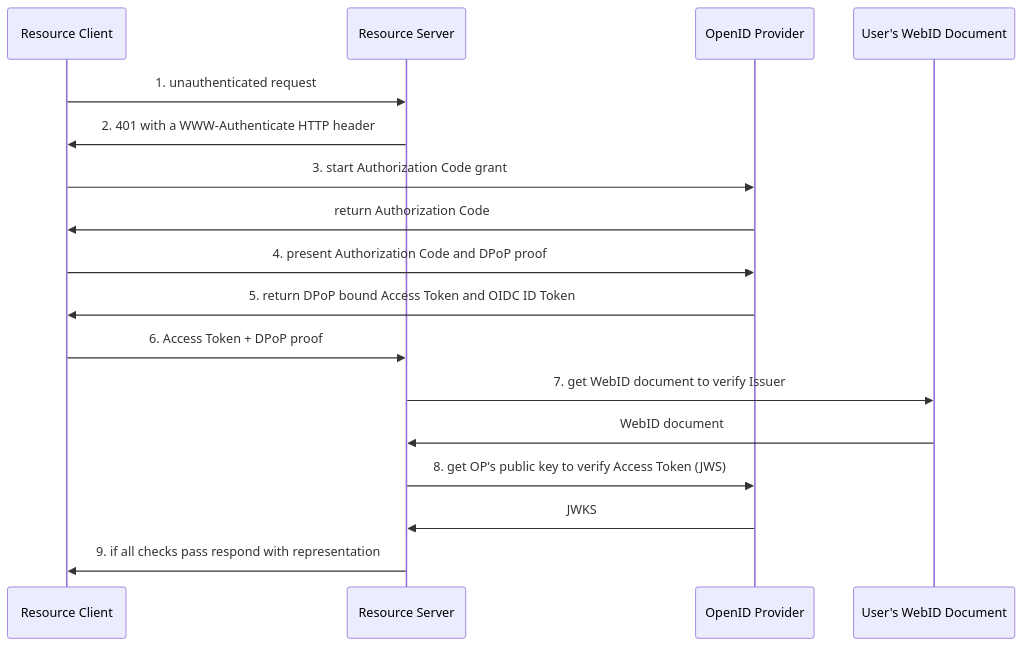
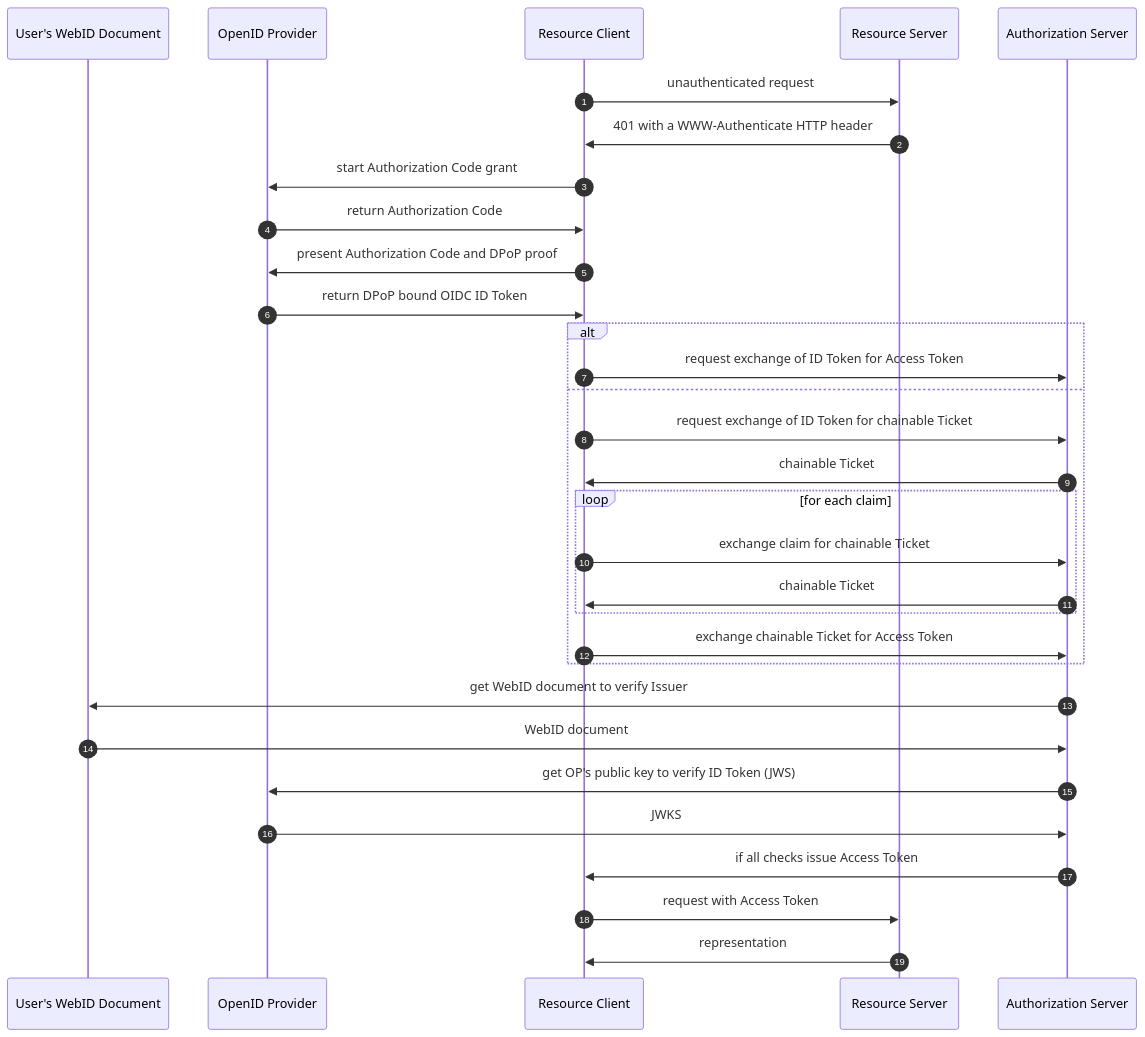
One commit to solid/solid-oidc changed the diagram in sequence.mmd. Above: the diagram before and after it, drawn with Mermaid.

Commit message:
update diagram to introduce AS and token exchange

```diff
--- a/sequence.mmd
+++ b/sequence.mmd
@@ -1,17 +1,31 @@
 sequenceDiagram
+  autonumber
+  participant WebID as User's WebID Document
+  participant OP as OpenID Provider
   participant RC as Resource Client
   participant RS as Resource Server
-  participant OP as OpenID Provider
-  participant WebID as User's WebID Document
-  RC ->> RS: 1. unauthenticated request
-  RS ->> RC: 2. 401 with a WWW-Authenticate HTTP header
-  RC ->> OP: 3. start Authorization Code grant
+  participant AS as Authorization Server
+  RC ->> RS: unauthenticated request
+  RS ->> RC: 401 with a WWW-Authenticate HTTP header
+  RC ->> OP: start Authorization Code grant
   OP ->> RC: return Authorization Code
-  RC ->> OP: 4. present Authorization Code and DPoP proof
-  OP ->> RC: 5. return DPoP bound Access Token and OIDC ID Token
-  RC ->> RS: 6. Access Token + DPoP proof
-  RS ->> WebID: 7. get WebID document to verify Issuer
-  WebID ->> RS: WebID document
-  RS ->> OP: 8. get OP's public key to verify Access Token (JWS)
-  OP ->> RS: JWKS
-  RS ->> RC: 9. if all checks pass respond with representation
+  RC ->> OP: present Authorization Code and DPoP proof
+  OP ->> RC: return DPoP bound OIDC ID Token
+  alt
+    RC ->> AS: request exchange of ID Token for Access Token
+  else
+    RC ->> AS: request exchange of ID Token for chainable Ticket
+    AS ->> RC: chainable Ticket
+    loop for each claim
+      RC ->> AS: exchange claim for chainable Ticket
+      AS ->> RC: chainable Ticket
+    end
+    RC ->> AS: exchange chainable Ticket for Access Token
+  end
+  AS ->> WebID: get WebID document to verify Issuer
+  WebID ->> AS: WebID document
+  AS ->> OP: get OP's public key to verify ID Token (JWS)
+  OP ->> AS: JWKS
+  AS ->> RC: if all checks issue Access Token
+  RC ->> RS: request with Access Token
+  RS ->> RC: representation
```
